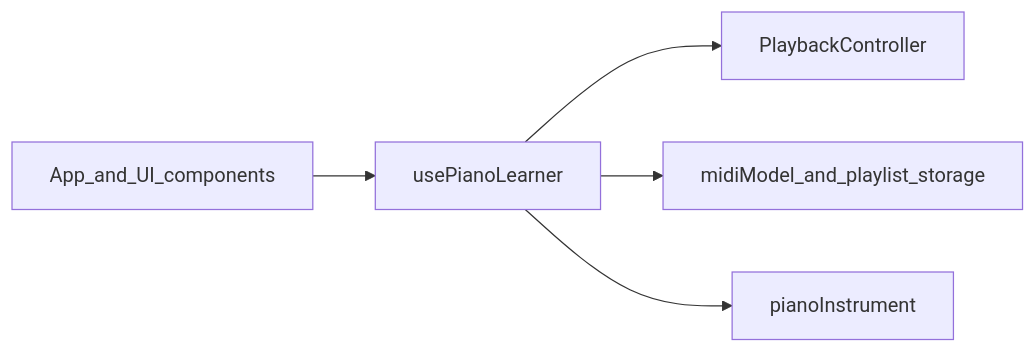
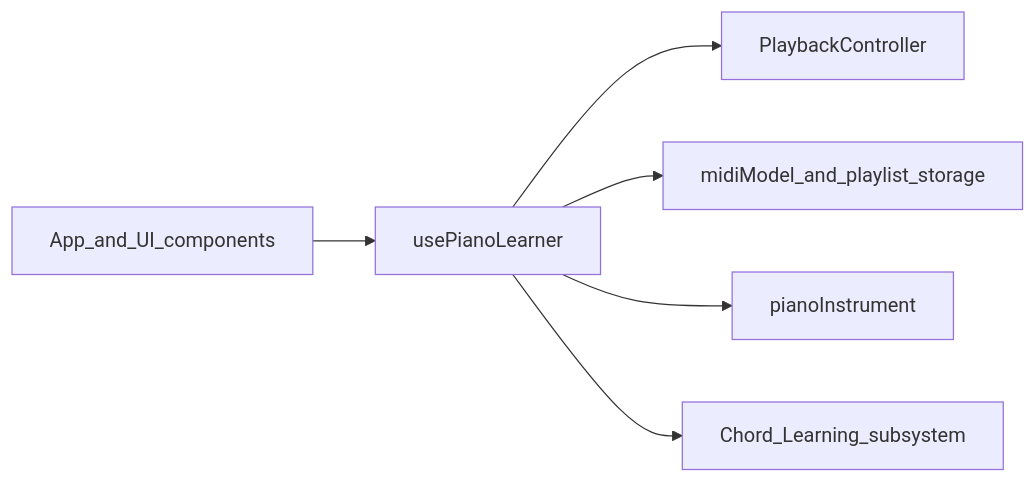
One commit to nesfrk81/PianoLearner changed the diagram in PRD.md. Above: the diagram before and after it, drawn with Mermaid. The commit also changed other lines of this file and 13 other files, not shown here.

````diff
--- a/PRD.md
+++ b/PRD.md
@@ -34,12 +34,14 @@
 ```mermaid
 flowchart LR
   UI[App_and_UI_components]
   Hook[usePianoLearner]
   Engine[PlaybackController]
   MidiModel[midiModel_and_playlist_storage]
   Audio[pianoInstrument]
+  Chords[Chord_Learning_subsystem]
   UI --> Hook
   Hook --> Engine
   Hook --> MidiModel
   Hook --> Audio
+  Hook --> Chords
 ```
````
